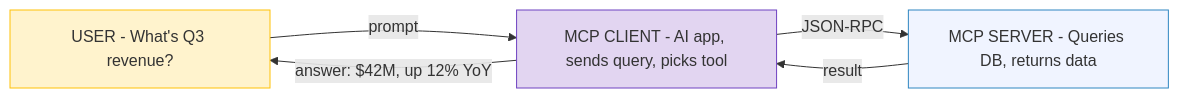
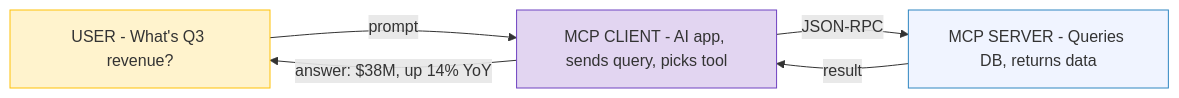
One commit to ithinktavo/GenAI-Engineering-Handbook changed the second of 2 diagrams in docs/08-mcp.md. Above: the diagram before and after it, drawn with Mermaid. The commit also changed 16 other files, not shown here.

````diff
--- a/docs/08-mcp.md
+++ b/docs/08-mcp.md
@@ -50,15 +50,15 @@
 ```mermaid
 graph LR
     User["USER - What's Q3 revenue?"]
     Client["MCP CLIENT - AI app, sends query, picks tool"]
     Server["MCP SERVER - Queries DB, returns data"]
 
     User -- "prompt" --> Client
     Client -- "JSON-RPC" --> Server
     Server -- "result" --> Client
-    Client -- "answer: $42M, up 12% YoY" --> User
+    Client -- "answer: $38M, up 14% YoY" --> User
 
     style User fill:#fff3cd,stroke:#ffc107,color:#333
     style Client fill:#e2d5f1,stroke:#6f42c1,color:#333
     style Server fill:#f0f4ff,stroke:#2E86C1,color:#333
 ```
````
